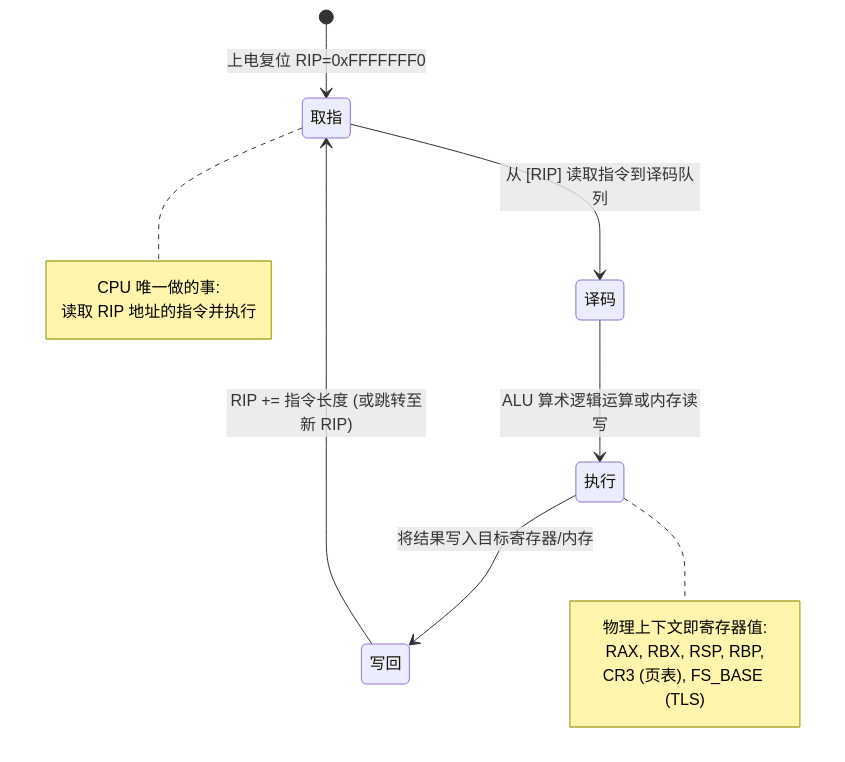
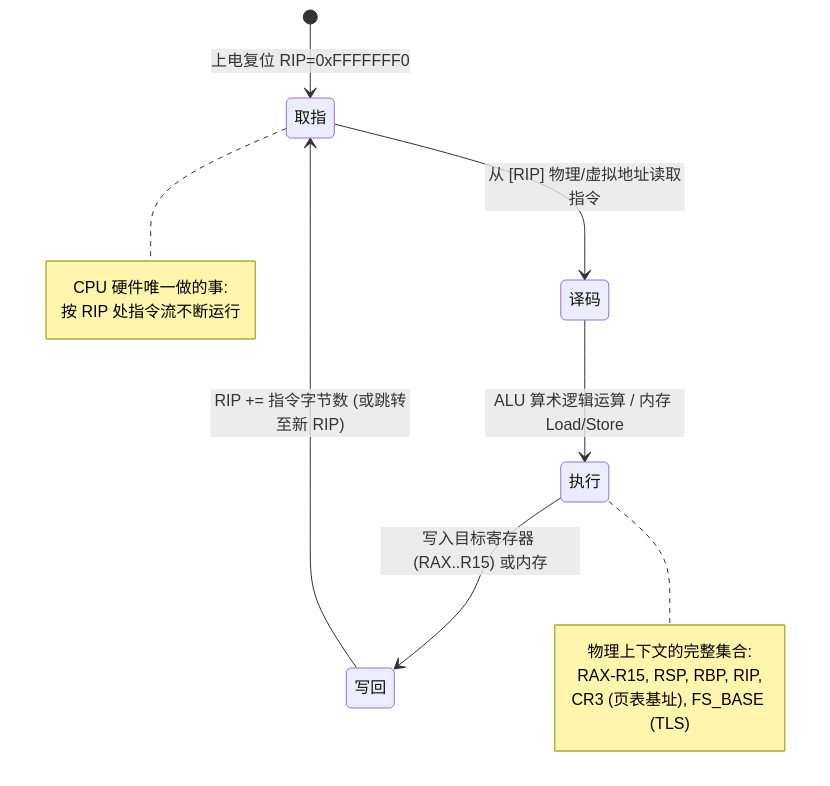
Before and after one commit to MoreConsequence/MoreConsequence.github.io: the first of 8 diagrams in content/posts/understanding-context-switching-from-cpu-to-goroutines.md, drawn with Mermaid. The commit also changed other lines of this file and 1 other file, not shown here.

Commit message:
docs(blog): 补全上下文切换深度长文推导、原理文字解析与文章图片 CSS 居中限宽样式

````diff
--- a/content/posts/understanding-context-switching-from-cpu-to-goroutines.md
+++ b/content/posts/understanding-context-switching-from-cpu-to-goroutines.md
@@ -23,19 +29,19 @@
 ```mermaid
 stateDiagram-v2
     [*] --> 取指: 上电复位 RIP=0xFFFFFFF0
-    取指 --> 译码: 从 [RIP] 读取指令到译码队列
-    译码 --> 执行: ALU 算术逻辑运算或内存读写
-    执行 --> 写回: 将结果写入目标寄存器/内存
-    写回 --> 取指: RIP += 指令长度 (或跳转至新 RIP)
+    取指 --> 译码: 从 [RIP] 物理/虚拟地址读取指令
+    译码 --> 执行: ALU 算术逻辑运算 / 内存 Load/Store
+    执行 --> 写回: 写入目标寄存器 (RAX..R15) 或内存
+    写回 --> 取指: RIP += 指令字节数 (或跳转至新 RIP)
 
     note right of 取指
-        CPU 唯一做的事:
-        读取 RIP 地址的指令并执行
+        CPU 硬件唯一做的事:
+        按 RIP 处指令流不断运行
     end note
 
     note right of 执行
-        物理上下文即寄存器值:
-        RAX, RBX, RSP, RBP,
-        CR3 (页表), FS_BASE (TLS)
+        物理上下文的完整集合:
+        RAX-R15, RSP, RBP, RIP,
+        CR3 (页表基址), FS_BASE (TLS)
     end note
 ```
````
